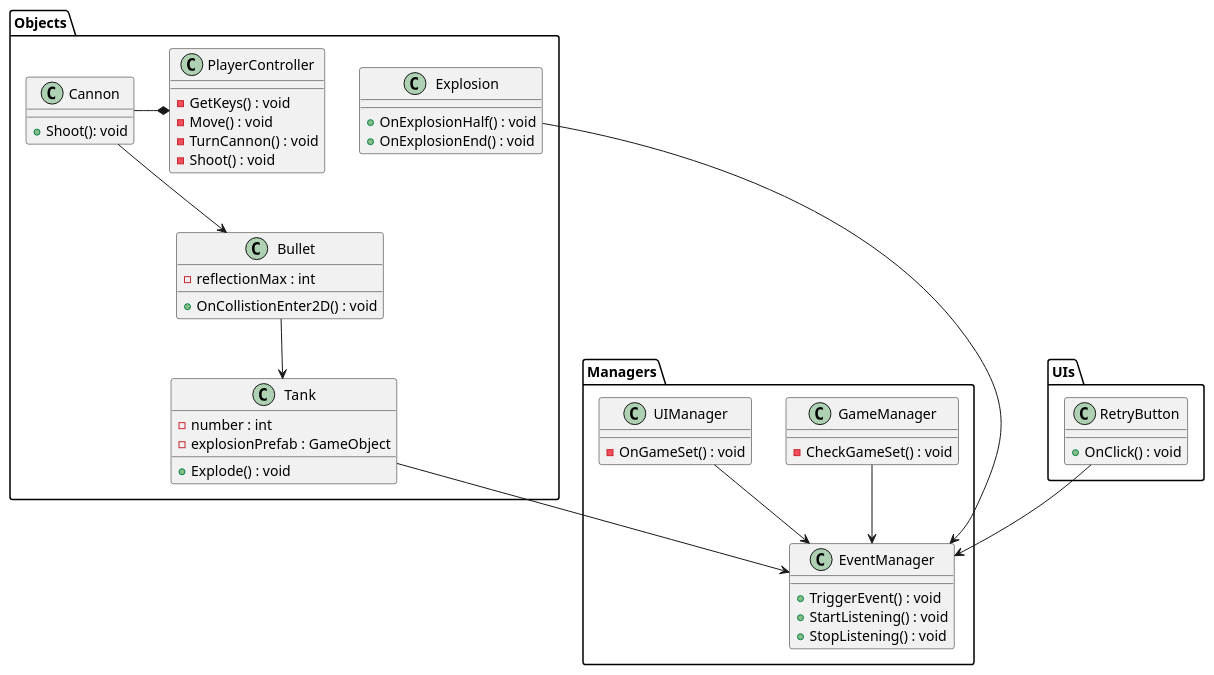
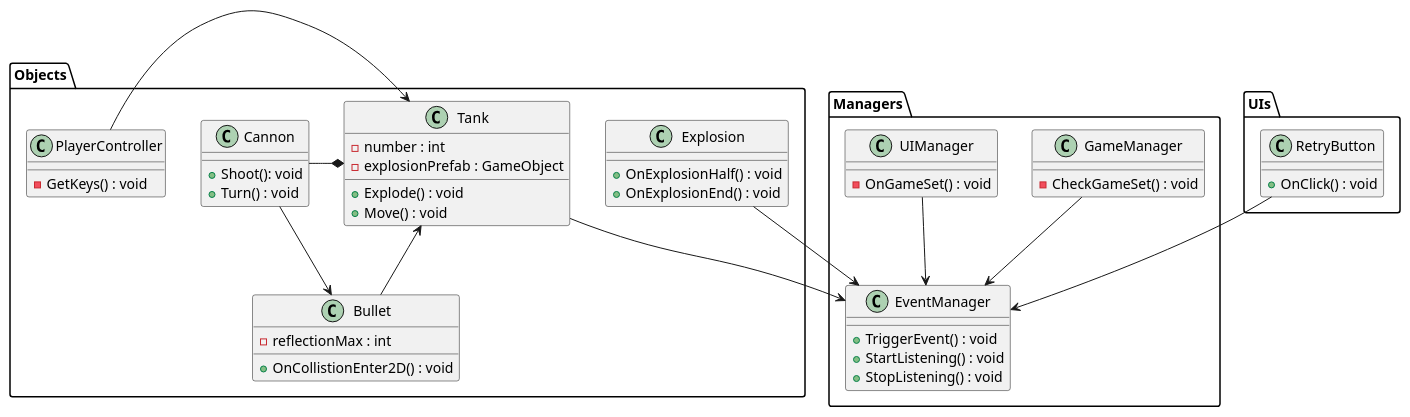
The diagram in UML/Class.puml (konbraphat51/Tank), drawn with PlantUML before and after one commit.

Commit message:
class after refac

```diff
--- a/UML/Class.puml
+++ b/UML/Class.puml
@@ -1,71 +1,71 @@
 @startuml
 
 package Objects{
     class Bullet{
         -reflectionMax : int
         +OnCollistionEnter2D() : void
     }
 
     class Tank{
         -number : int
         -explosionPrefab : GameObject
         +Explode() : void
+        +Move() : void
     }
 
     class Explosion{
         +OnExplosionHalf() : void
         +OnExplosionEnd() : void
     }
 
     class Cannon{
         +Shoot(): void
+        +Turn() : void
     }
-
-
 
     class PlayerController{
         -GetKeys() : void
-        -Move() : void
-        -TurnCannon() : void
-        -Shoot() : void
     }
 }
 
 package Managers{
     class EventManager{
         +TriggerEvent() : void
         +StartListening() : void
         +StopListening() : void
     }
 
     class GameManager{
         -CheckGameSet() : void
     }
 
     class UIManager{
         -OnGameSet() : void
     }
 }
 
 package UIs{
     class RetryButton{
         +OnClick() : void
     }
 }
 
+PlayerController -> Tank
+
+Tank *- Cannon
+
 Cannon --> Bullet
-PlayerController *- Cannon
 
 Bullet --> Tank
 
 Explosion --> EventManager
 
 GameManager --> EventManager
 
 RetryButton --> EventManager
 
 Tank --> EventManager
 
 UIManager --> EventManager
 
 @enduml
```
